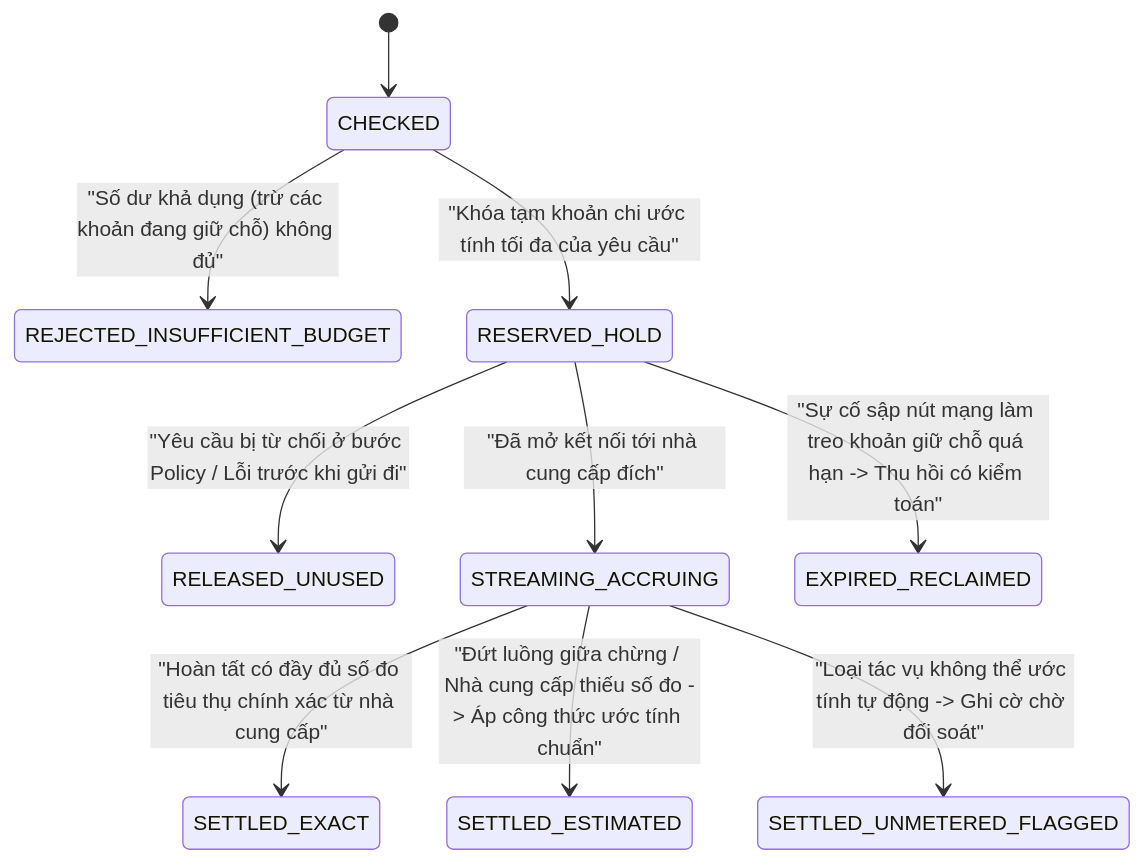
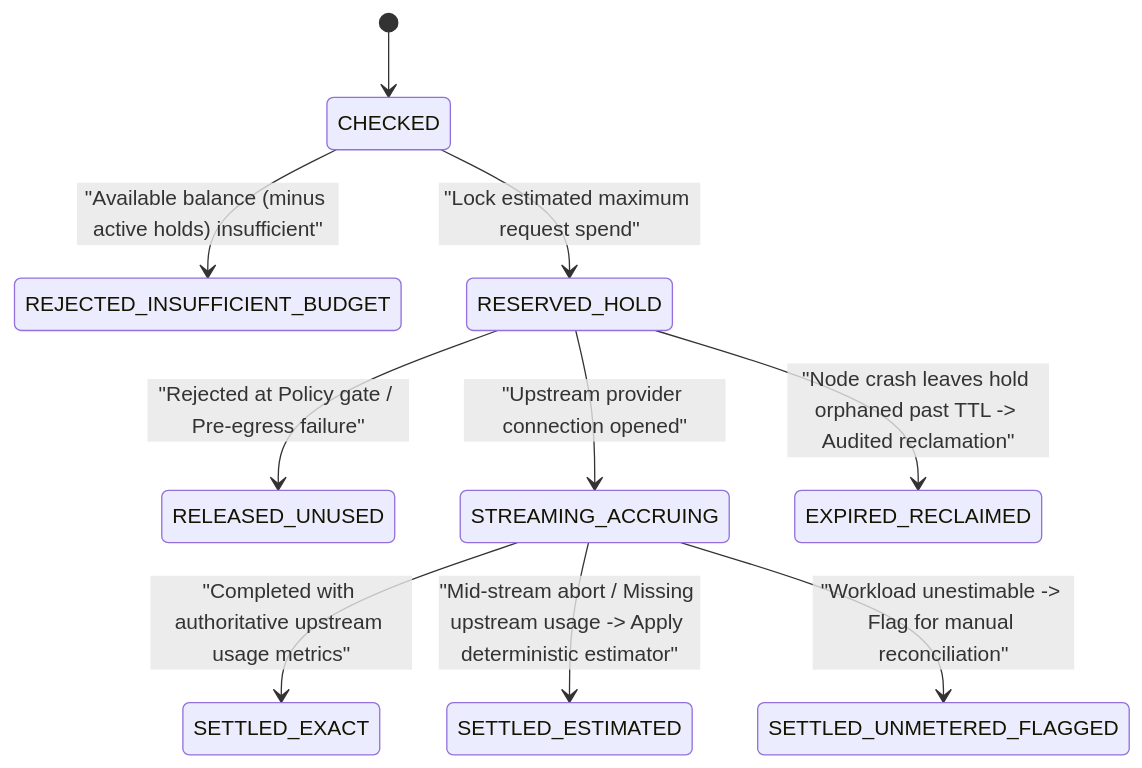
Before and after one commit to nguywnben/tanpopo: the eighth of 9 diagrams in docs/requirements/business-entity-map.md, drawn with Mermaid. The commit also changed other lines of this file and 111 other files, not shown here.

````diff
--- a/docs/requirements/business-entity-map.md
+++ b/docs/requirements/business-entity-map.md
@@ -229,12 +229,12 @@
 ```mermaid
 stateDiagram-v2
     [*] --> CHECKED
-    CHECKED --> REJECTED_INSUFFICIENT_BUDGET : "Số dư khả dụng (trừ các khoản đang giữ chỗ) không đủ"
-    CHECKED --> RESERVED_HOLD : "Khóa tạm khoản chi ước tính tối đa của yêu cầu"
-    RESERVED_HOLD --> RELEASED_UNUSED : "Yêu cầu bị từ chối ở bước Policy / Lỗi trước khi gửi đi"
-    RESERVED_HOLD --> STREAMING_ACCRUING : "Đã mở kết nối tới nhà cung cấp đích"
-    STREAMING_ACCRUING --> SETTLED_EXACT : "Hoàn tất có đầy đủ số đo tiêu thụ chính xác từ nhà cung cấp"
-    STREAMING_ACCRUING --> SETTLED_ESTIMATED : "Đứt luồng giữa chừng / Nhà cung cấp thiếu số đo -> Áp công thức ước tính chuẩn"
-    STREAMING_ACCRUING --> SETTLED_UNMETERED_FLAGGED : "Loại tác vụ không thể ước tính tự động -> Ghi cờ chờ đối soát"
-    RESERVED_HOLD --> EXPIRED_RECLAIMED : "Sự cố sập nút mạng làm treo khoản giữ chỗ quá hạn -> Thu hồi có kiểm toán"
+    CHECKED --> REJECTED_INSUFFICIENT_BUDGET : "Available balance (minus active holds) insufficient"
+    CHECKED --> RESERVED_HOLD : "Lock estimated maximum request spend"
+    RESERVED_HOLD --> RELEASED_UNUSED : "Rejected at Policy gate / Pre-egress failure"
+    RESERVED_HOLD --> STREAMING_ACCRUING : "Upstream provider connection opened"
+    STREAMING_ACCRUING --> SETTLED_EXACT : "Completed with authoritative upstream usage metrics"
+    STREAMING_ACCRUING --> SETTLED_ESTIMATED : "Mid-stream abort / Missing upstream usage -> Apply deterministic estimator"
+    STREAMING_ACCRUING --> SETTLED_UNMETERED_FLAGGED : "Workload unestimable -> Flag for manual reconciliation"
+    RESERVED_HOLD --> EXPIRED_RECLAIMED : "Node crash leaves hold orphaned past TTL -> Audited reclamation"
 ```
````
